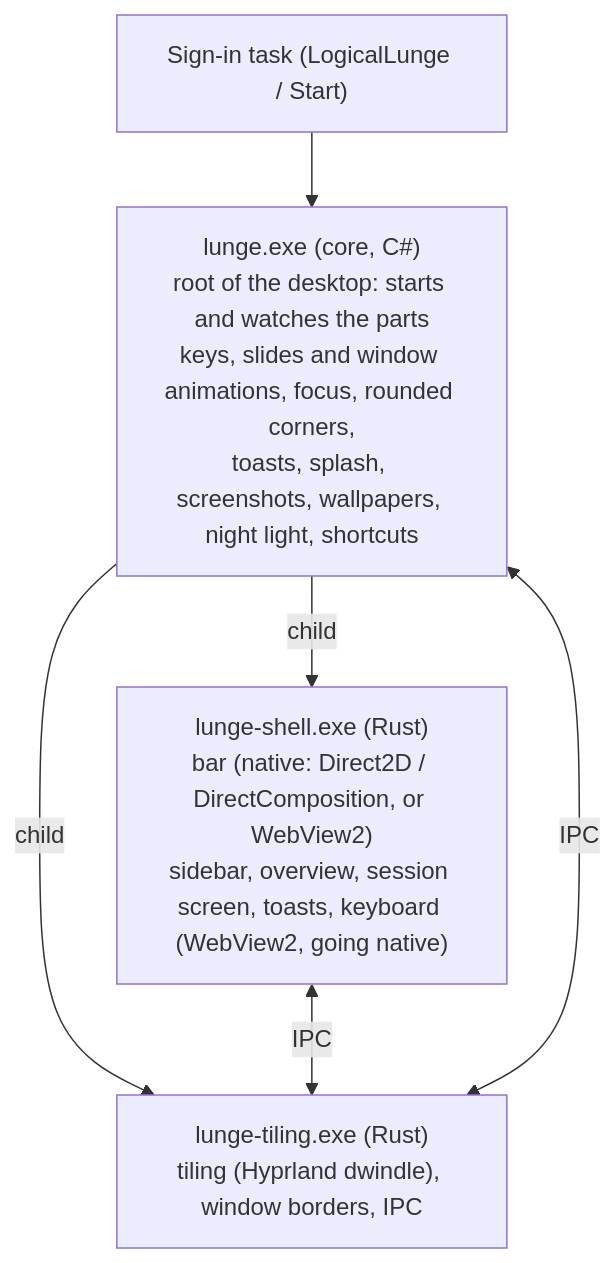
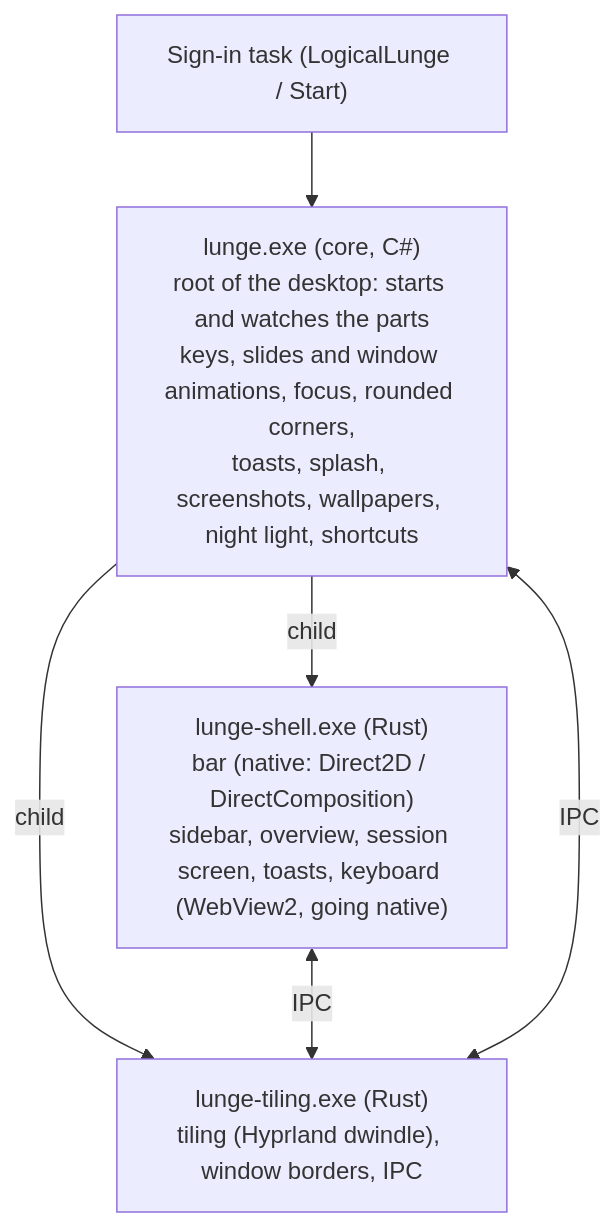
The diagram in README.md (KaanAlper/logical-lunge), drawn with Mermaid before and after one commit. The commit also changed other lines of this file and 14 other files, not shown here.

First line of the commit message:
Web bar kaldırıldı; native bar arızalanınca shell'i kapatmadan kendini yeniden kurar

````diff
--- a/README.md
+++ b/README.md
@@ -150,9 +150,9 @@
 ```mermaid
 flowchart TD
   task["Sign-in task (LogicalLunge / Start)"] --> core
   core["lunge.exe (core, C#)<br/>root of the desktop: starts and watches the parts<br/>keys, slides and window animations, focus, rounded corners,<br/>toasts, splash, screenshots, wallpapers, night light, shortcuts"]
   core -- child --> tiling["lunge-tiling.exe (Rust)<br/>tiling (Hyprland dwindle), window borders, IPC"]
-  core -- child --> shell["lunge-shell.exe (Rust)<br/>bar (native: Direct2D / DirectComposition, or WebView2)<br/>sidebar, overview, session screen, toasts, keyboard (WebView2, going native)"]
+  core -- child --> shell["lunge-shell.exe (Rust)<br/>bar (native: Direct2D / DirectComposition)<br/>sidebar, overview, session screen, toasts, keyboard (WebView2, going native)"]
   shell <-- IPC --> tiling
   core <-- IPC --> tiling
 ```
````
